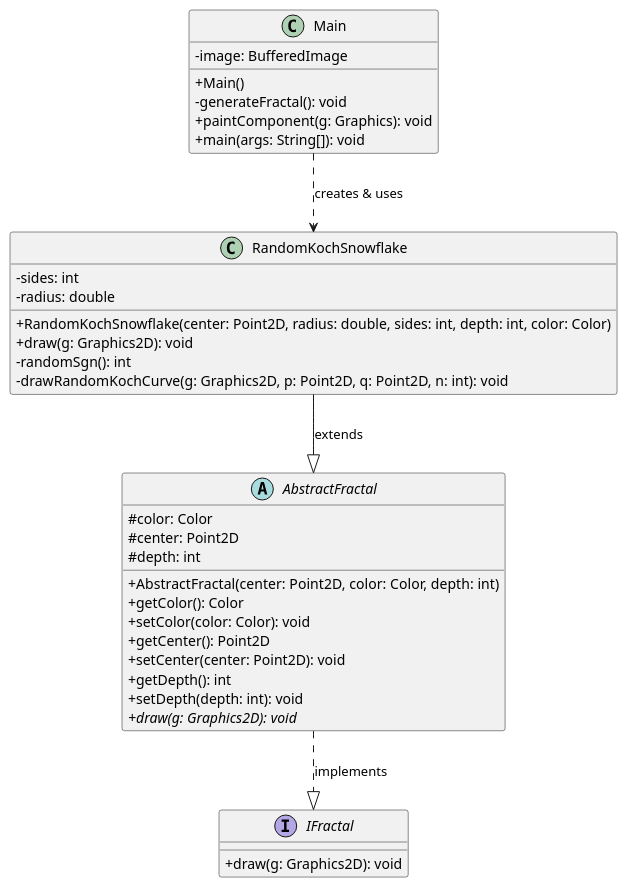
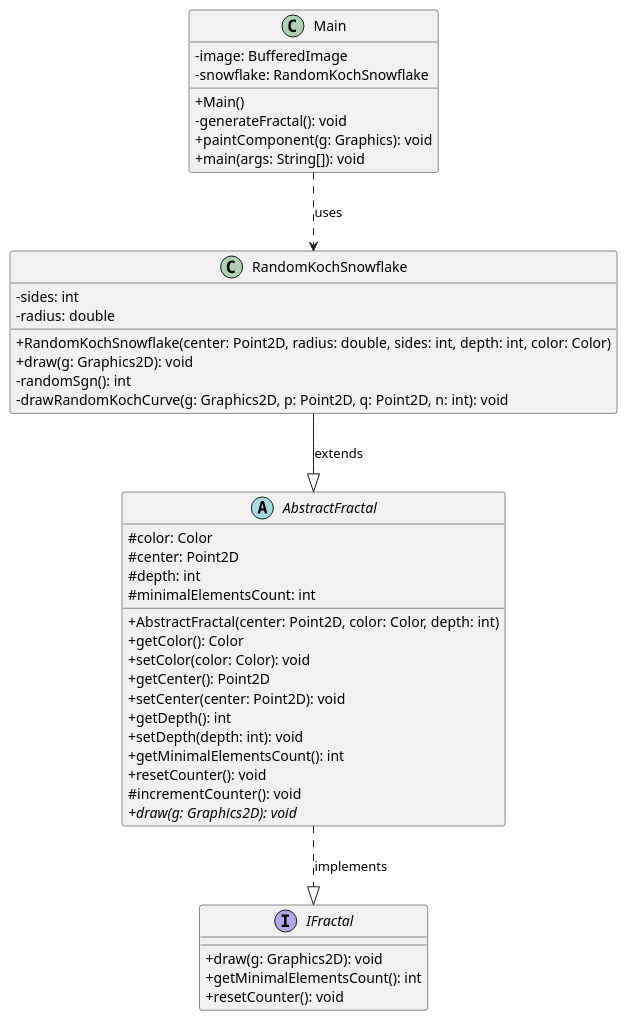
The diagram in src/fractal/class.puml (enrolllar/the-randomized-Koch-snowflake), drawn with PlantUML before and after one commit. The commit also changed 4 other files, not shown here.

Commit message:
add minimal elements counter

```diff
--- a/src/fractal/class.puml
+++ b/src/fractal/class.puml
@@ -1,51 +1,52 @@
 @startuml
 skinparam classAttributeIconSize 0
 skinparam monochrome false
-skinparam arrows {
-    Color #Black
-    Thickness 2
-}
 
 interface IFractal {
     + draw(g: Graphics2D): void
+    + getMinimalElementsCount(): int
+    + resetCounter(): void
 }
 
 abstract class AbstractFractal {
     # color: Color
     # center: Point2D
     # depth: int
+    # minimalElementsCount: int
     + AbstractFractal(center: Point2D, color: Color, depth: int)
     + getColor(): Color
     + setColor(color: Color): void
     + getCenter(): Point2D
     + setCenter(center: Point2D): void
     + getDepth(): int
     + setDepth(depth: int): void
+    + getMinimalElementsCount(): int
+    + resetCounter(): void
+    # incrementCounter(): void
     {abstract} + draw(g: Graphics2D): void
 }
 
 class RandomKochSnowflake {
     - sides: int
     - radius: double
     + RandomKochSnowflake(center: Point2D, radius: double, sides: int, depth: int, color: Color)
     + draw(g: Graphics2D): void
     - randomSgn(): int
     - drawRandomKochCurve(g: Graphics2D, p: Point2D, q: Point2D, n: int): void
 }
 
 class Main {
     - image: BufferedImage
+    - snowflake: RandomKochSnowflake
     + Main()
     - generateFractal(): void
     + paintComponent(g: Graphics): void
     + main(args: String[]): void
 }
 
+AbstractFractal ..|> IFractal : implements
+RandomKochSnowflake --|> AbstractFractal : extends
+Main ..> RandomKochSnowflake : uses
 
-AbstractFractal ..|> IFractal : implements
-
-RandomKochSnowflake --|> AbstractFractal : extends
-
-Main ..> RandomKochSnowflake : creates & uses
 
 @enduml
```
